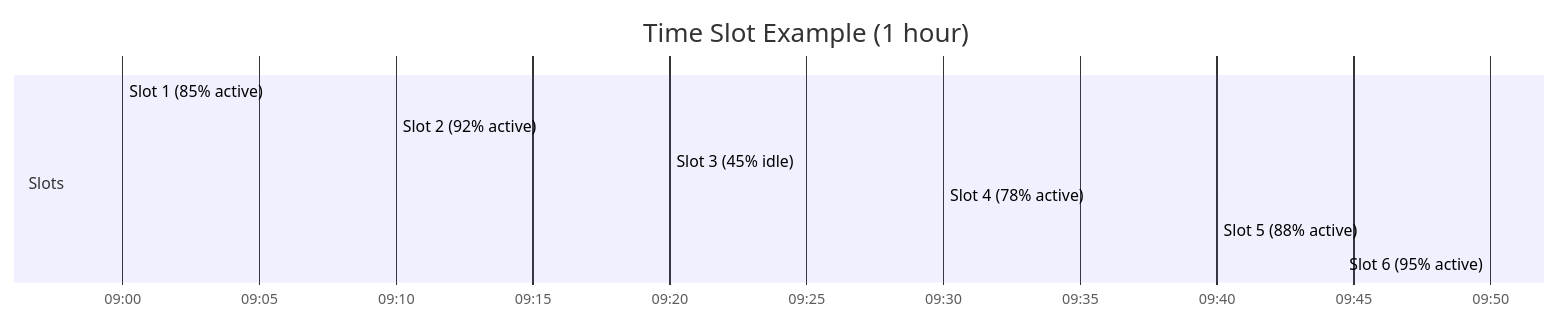
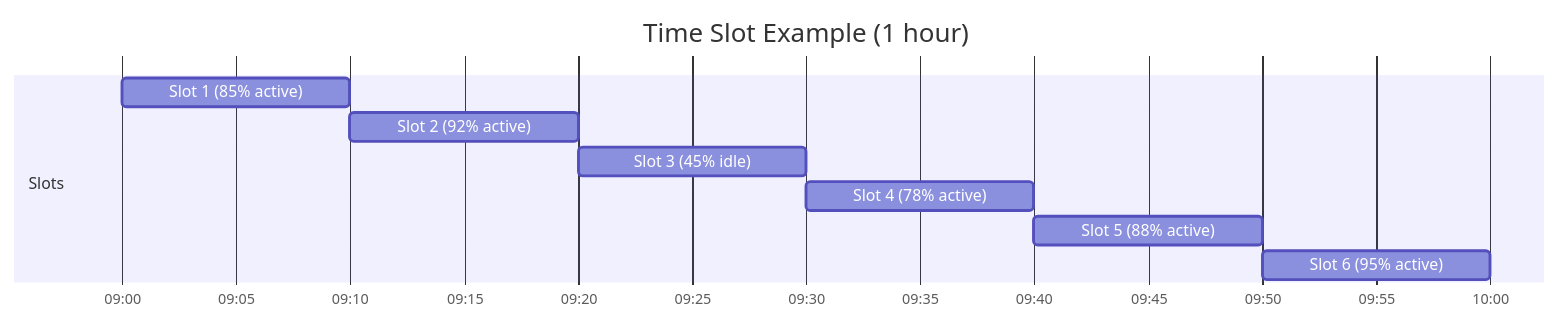
Before and after one commit to ever-co/ever-gauzy-docs: the diagram in website/docs/features/activity-tracking-deep-dive.md, drawn with Mermaid. The commit also changed 1 other file, not shown here.

Commit message:
docs: fix the activity tracking Gantt chart and the Git workflow diagram
Mermaid reads a Gantt task's duration as `10m`, not `10min`, so the activity
slots drew no bars, and the Git workflow diagram's type is `gitGraph`.

````diff
--- a/website/docs/features/activity-tracking-deep-dive.md
+++ b/website/docs/features/activity-tracking-deep-dive.md
@@ -33,13 +33,13 @@
 ```mermaid
 gantt
     title Time Slot Example (1 hour)
     dateFormat HH:mm
     axisFormat %H:%M
     section Slots
-    Slot 1 (85% active) :09:00, 10min
-    Slot 2 (92% active) :09:10, 10min
-    Slot 3 (45% idle) :09:20, 10min
-    Slot 4 (78% active) :09:30, 10min
-    Slot 5 (88% active) :09:40, 10min
-    Slot 6 (95% active) :09:50, 10min
+    Slot 1 (85% active) :09:00, 10m
+    Slot 2 (92% active) :09:10, 10m
+    Slot 3 (45% idle) :09:20, 10m
+    Slot 4 (78% active) :09:30, 10m
+    Slot 5 (88% active) :09:40, 10m
+    Slot 6 (95% active) :09:50, 10m
 ```
````
